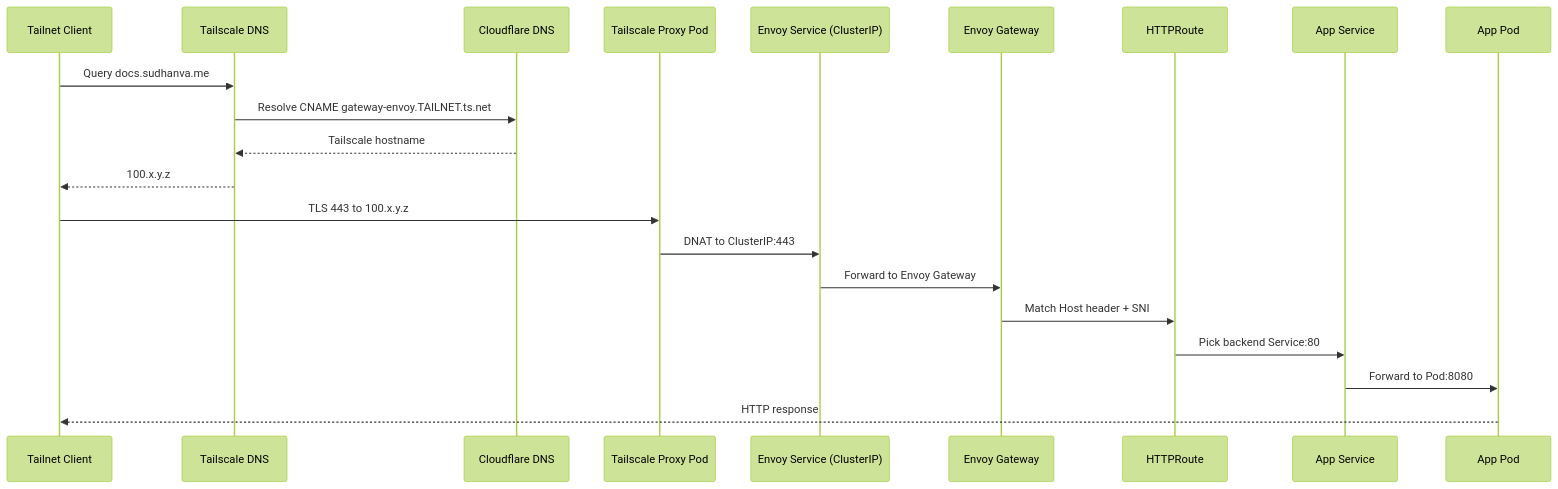
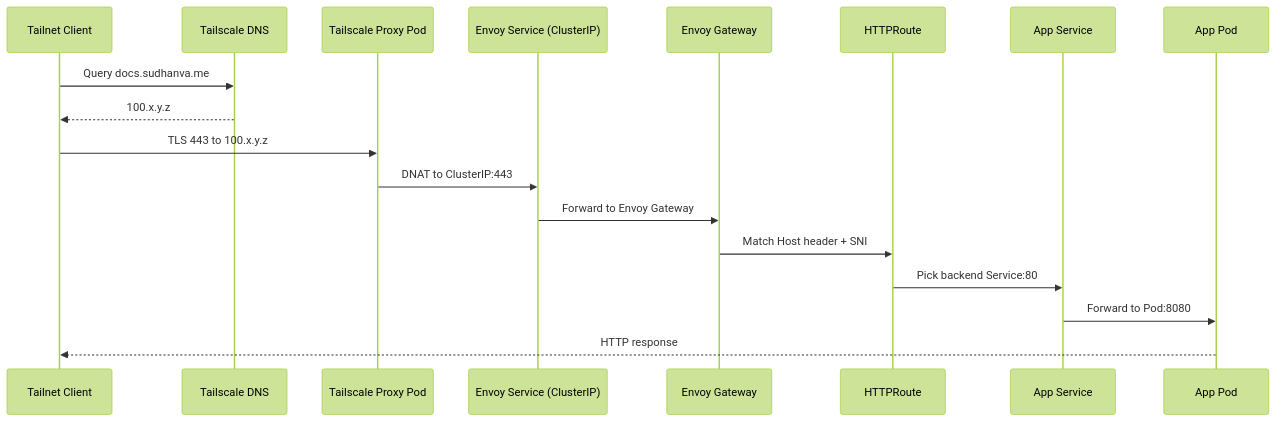
One commit to nsudhanva/homelab changed the second of 4 diagrams in docs/docs/explanation/gateway-networking.md. Above: the diagram before and after it, drawn with Mermaid (forest theme). The commit also changed other lines of this file and 2 other files, not shown here.

Commit message:
Fix tailnet DNS

````diff
--- a/docs/docs/explanation/gateway-networking.md
+++ b/docs/docs/explanation/gateway-networking.md
@@ -44,24 +44,21 @@
 ```mermaid
 sequenceDiagram
     participant Client as Tailnet Client
     participant TSdns as Tailscale DNS
-    participant CF as Cloudflare DNS
     participant TS as Tailscale Proxy Pod
     participant Svc as Envoy Service (ClusterIP)
     participant Envoy as Envoy Gateway
     participant Route as HTTPRoute
     participant AppSvc as App Service
     participant Pod as App Pod
 
     Client->>TSdns: Query docs.sudhanva.me
-    TSdns->>CF: Resolve CNAME gateway-envoy.TAILNET.ts.net
-    CF-->>TSdns: Tailscale hostname
     TSdns-->>Client: 100.x.y.z
     Client->>TS: TLS 443 to 100.x.y.z
     TS->>Svc: DNAT to ClusterIP:443
     Svc->>Envoy: Forward to Envoy Gateway
     Envoy->>Route: Match Host header + SNI
     Route->>AppSvc: Pick backend Service:80
     AppSvc->>Pod: Forward to Pod:8080
     Pod-->>Client: HTTP response
 ```
````
